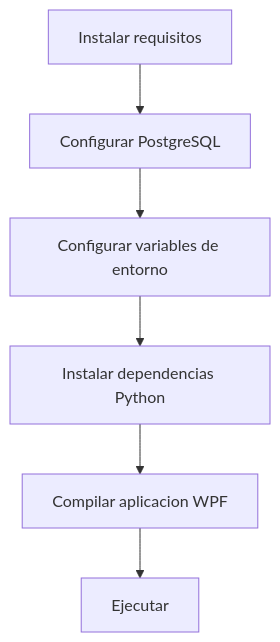
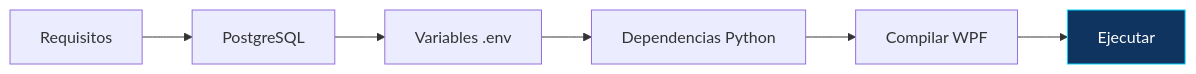
Before and after one commit to ramarstudio/RAMar_Repo: the diagram in docs/instalacion/index.md, drawn with Mermaid. The commit also changed other lines of this file and 11 other files, not shown here.

````diff
--- a/docs/instalacion/index.md
+++ b/docs/instalacion/index.md
@@ -9,8 +43,10 @@
 ```mermaid
-graph TD
-    A[Instalar requisitos] --> B[Configurar PostgreSQL]
-    B --> C[Configurar variables de entorno]
-    C --> D[Instalar dependencias Python]
-    D --> E[Compilar aplicacion WPF]
+graph LR
+    A[Requisitos] --> B[PostgreSQL]
+    B --> C[Variables .env]
+    C --> D[Dependencias Python]
+    D --> E[Compilar WPF]
     E --> F[Ejecutar]
+
+    style F fill:#0f3460,stroke:#00d2ff,color:#fff
 ```
````
